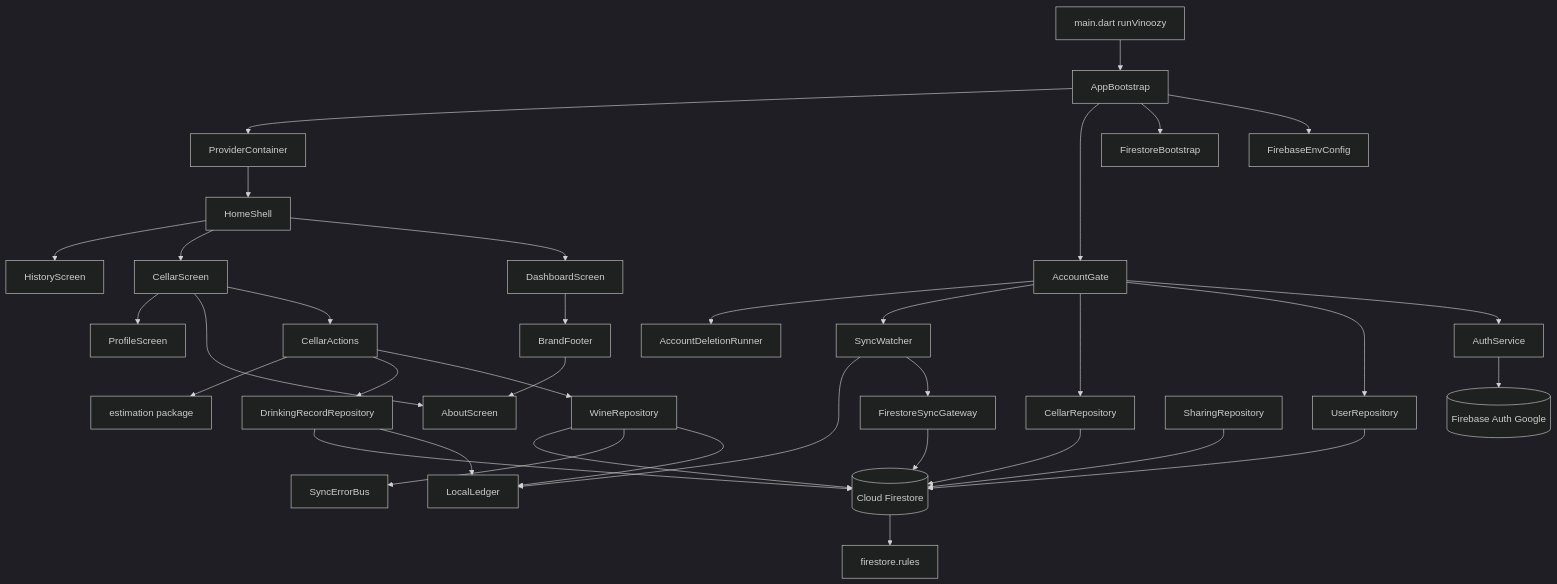
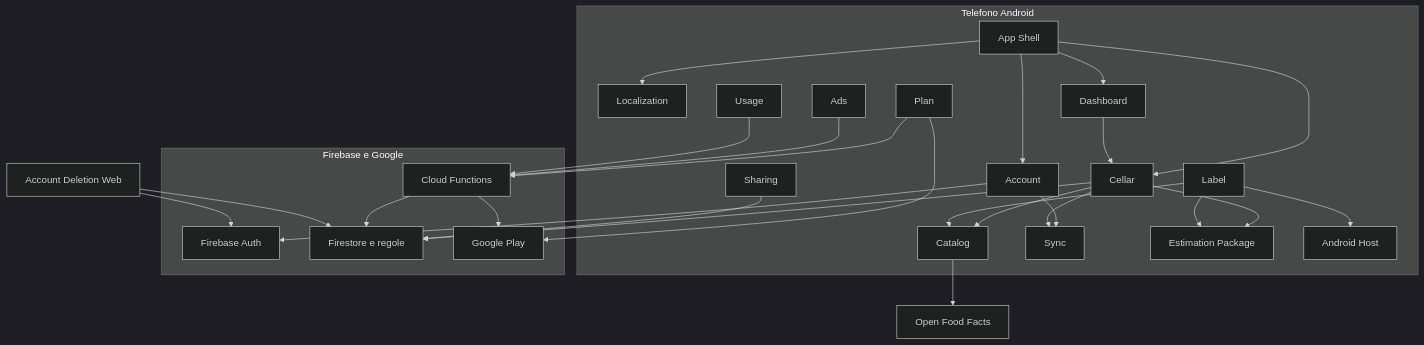
The first of 4 diagrams in aidlc/spaces/default/codekb/Vinoozy/architecture.md (brunobottazzini/Vinoozy), drawn with Mermaid (dark theme) before and after one commit. The commit also changed other lines of this file and 193 other files, not shown here.

````diff
--- a/aidlc/spaces/default/codekb/Vinoozy/architecture.md
+++ b/aidlc/spaces/default/codekb/Vinoozy/architecture.md
@@ -27,38 +20,52 @@
 ```mermaid
 flowchart TD
-  main["main.dart runVinoozy"] --> boot["AppBootstrap"]
-  boot --> env["FirebaseEnvConfig"]
-  boot --> fsb["FirestoreBootstrap"]
-  boot --> gate["AccountGate"]
-  boot --> container["ProviderContainer"]
-  gate --> auth["AuthService"]
-  gate --> users["UserRepository"]
-  gate --> cellars["CellarRepository"]
-  gate --> watcher["SyncWatcher"]
-  gate --> deletion["AccountDeletionRunner"]
-  container --> shell["HomeShell"]
-  shell --> dash["DashboardScreen"]
-  shell --> cellarUi["CellarScreen"]
-  shell --> history["HistoryScreen"]
-  cellarUi --> actions["CellarActions"]
-  cellarUi --> about["AboutScreen"]
-  cellarUi --> profile["ProfileScreen"]
-  dash --> footer["BrandFooter"]
-  footer --> about
-  actions --> wines["WineRepository"]
-  actions --> records["DrinkingRecordRepository"]
-  actions --> estimation["estimation package"]
-  wines --> ledger["LocalLedger"]
-  records --> ledger
-  wines --> bus["SyncErrorBus"]
-  watcher --> gw["FirestoreSyncGateway"]
-  watcher --> ledger
-  sharing["SharingRepository"] --> fs[("Cloud Firestore")]
-  wines --> fs
-  records --> fs
-  users --> fs
-  cellars --> fs
-  gw --> fs
-  fs --> rules["firestore.rules"]
-  auth --> fa[("Firebase Auth Google")]
+  subgraph Phone["Telefono Android"]
+    Shell["App Shell"]
+    L10n["Localization"]
+    Account["Account"]
+    Cellar["Cellar"]
+    Catalog["Catalog"]
+    Label["Label"]
+    Dashboard["Dashboard"]
+    Sharing["Sharing"]
+    Sync["Sync"]
+    Plan["Plan"]
+    Ads["Ads"]
+    Usage["Usage"]
+    Estimation["Estimation Package"]
+    Host["Android Host"]
+  end
+  subgraph Cloud["Firebase e Google"]
+    Auth["Firebase Auth"]
+    Store["Firestore e regole"]
+    Functions["Cloud Functions"]
+    Play["Google Play"]
+  end
+  OFF["Open Food Facts"]
+  Web["Account Deletion Web"]
+
+  Shell --> Account
+  Shell --> Cellar
+  Shell --> Dashboard
+  Shell --> L10n
+  Account --> Auth
+  Account --> Sync
+  Cellar --> Estimation
+  Cellar --> Catalog
+  Cellar --> Sync
+  Cellar --> Store
+  Label --> Catalog
+  Label --> Estimation
+  Label --> Host
+  Catalog --> OFF
+  Dashboard --> Cellar
+  Sharing --> Store
+  Plan --> Functions
+  Plan --> Play
+  Ads --> Functions
+  Usage --> Functions
+  Functions --> Store
+  Functions --> Play
+  Web --> Auth
+  Web --> Store
 ```
````
